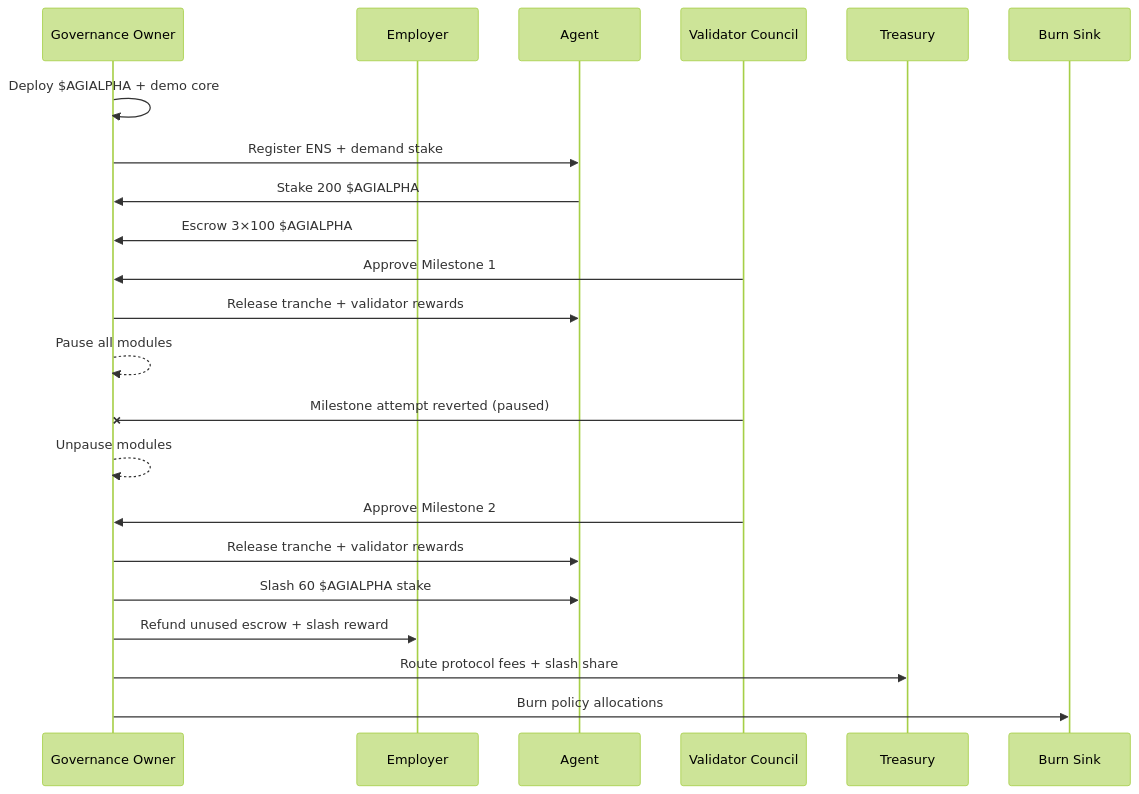
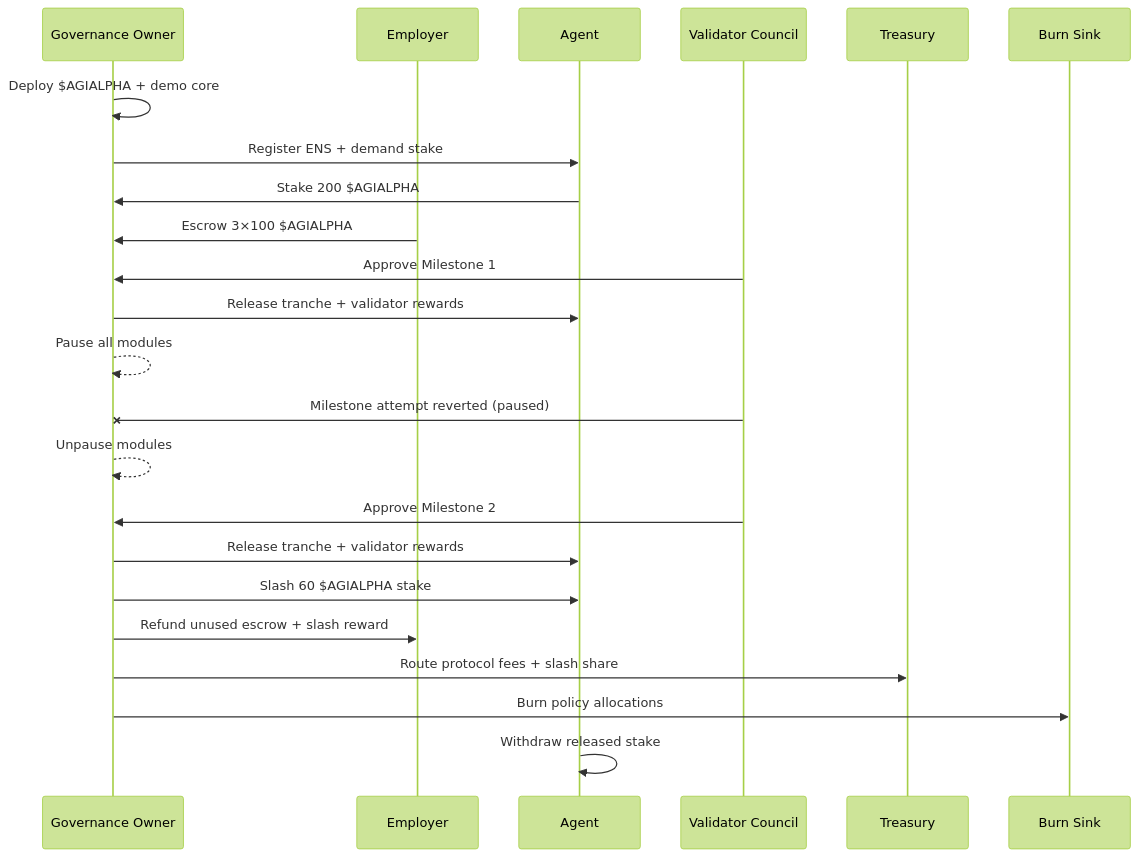
The second of 2 diagrams in demo/Trustless-Economic-Core-v0/README.md (MontrealAI/AGIJobsv0), drawn with Mermaid (forest theme) before and after one commit. The commit also changed other lines of this file and 2 other files, not shown here.

````diff
--- a/demo/Trustless-Economic-Core-v0/README.md
+++ b/demo/Trustless-Economic-Core-v0/README.md
@@ -84,24 +86,25 @@
 ```mermaid
 sequenceDiagram
   participant GOV as Governance Owner
   participant EMP as Employer
   participant AGT as Agent
   participant VAL as Validator Council
   participant TRE as Treasury
   participant BURN as Burn Sink
   GOV->>GOV: Deploy $AGIALPHA + demo core
   GOV->>AGT: Register ENS + demand stake
   AGT->>GOV: Stake 200 $AGIALPHA
   EMP->>GOV: Escrow 3×100 $AGIALPHA
   VAL->>GOV: Approve Milestone 1
   GOV->>AGT: Release tranche + validator rewards
   GOV-->>GOV: Pause all modules
   VAL-xGOV: Milestone attempt reverted (paused)
   GOV-->>GOV: Unpause modules
   VAL->>GOV: Approve Milestone 2
   GOV->>AGT: Release tranche + validator rewards
   GOV->>AGT: Slash 60 $AGIALPHA stake
   GOV->>EMP: Refund unused escrow + slash reward
   GOV->>TRE: Route protocol fees + slash share
   GOV->>BURN: Burn policy allocations
+  AGT->>AGT: Withdraw released stake
 ```
````
